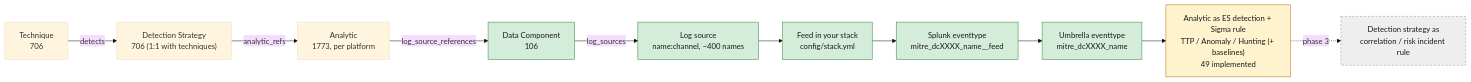
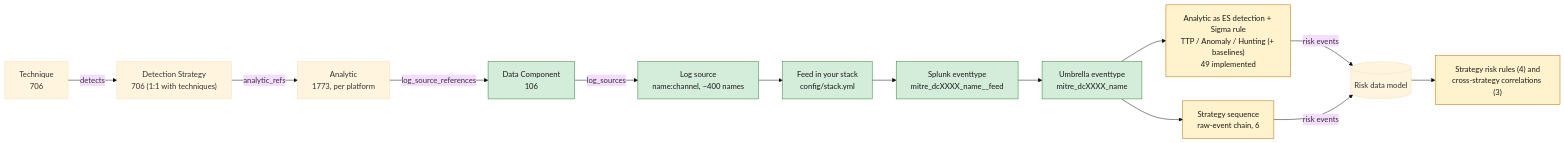
The diagram in README.md (dev-nobytes-io/mitre-defensive-mappings-spl), drawn with Mermaid (base theme) before and after one commit. The commit also changed other lines of this file and 51 other files, not shown here.

````diff
--- a/README.md
+++ b/README.md
@@ -5,18 +5,19 @@
 ```mermaid
 flowchart LR
   T["Technique<br/>706"] -- detects --> DET["Detection Strategy<br/>706 (1:1 with techniques)"]
   DET -- analytic_refs --> AN["Analytic<br/>1773, per platform"]
   AN -- log_source_references --> DC["Data Component<br/>106"]
   DC -- log_sources --> LS["Log source<br/>name:channel, ~400 names"]
   LS --> FEED["Feed in your stack<br/>config/stack.yml"]
   FEED --> ET["Splunk eventtype<br/>mitre_dcXXXX_name__feed"]
   ET --> UMB["Umbrella eventtype<br/>mitre_dcXXXX_name"]
   UMB --> RULE["Analytic as ES detection + Sigma rule<br/>TTP / Anomaly / Hunting (+ baselines)<br/>49 implemented"]
-  RULE -. phase 3 .-> CORR["Detection strategy as<br/>correlation / risk incident rule"]
+  UMB --> SEQ["Strategy sequence<br/>raw-event chain, 6"]
+  RULE -- "risk events" --> RISK[("Risk data model")]
+  SEQ -- "risk events" --> RISK
+  RISK --> CORR["Strategy risk rules (4) and<br/>cross-strategy correlations (3)"]
   classDef done fill:#d4edda,stroke:#2e7d32,color:#1b1b1b
   classDef part fill:#fff3cd,stroke:#b26a00,color:#1b1b1b
-  classDef later fill:#eeeeee,stroke:#888,color:#1b1b1b,stroke-dasharray: 4 4
   class DC,LS,FEED,ET,UMB done
-  class RULE part
-  class CORR later
+  class RULE,SEQ,CORR part
 ```
````
